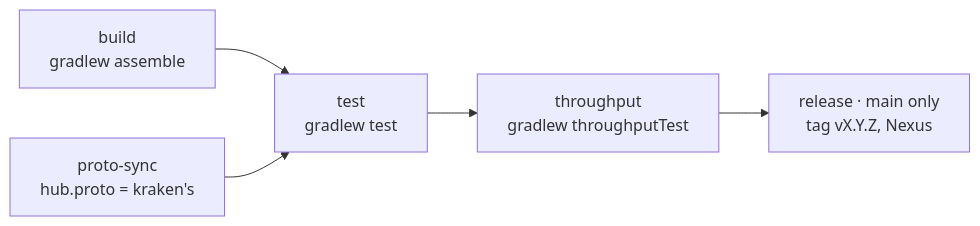
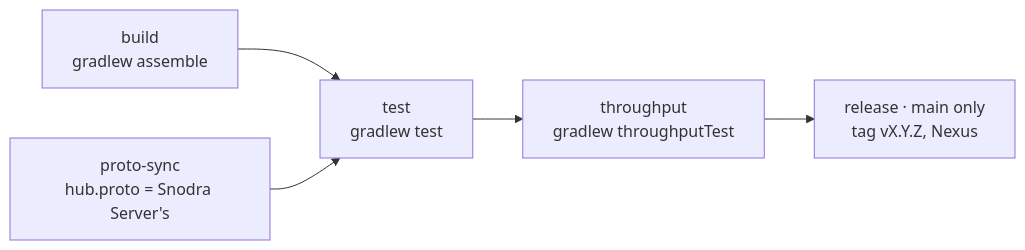
Before and after one commit to snodra/snodra-messaging: the diagram in README.md, drawn with Mermaid. The commit also changed other lines of this file and 918 other files, not shown here.

````diff
--- a/README.md
+++ b/README.md
@@ -1968,6 +2034,6 @@
 ```mermaid
 flowchart LR
     build["build<br/>gradlew assemble"] --> test["test<br/>gradlew test"] --> throughput["throughput<br/>gradlew throughputTest"]
-    sync["proto-sync<br/>hub.proto = kraken's"] --> test
+    sync["proto-sync<br/>hub.proto = Snodra Server's"] --> test
     throughput --> release["release · main only<br/>tag vX.Y.Z, Nexus"]
 ```
````
